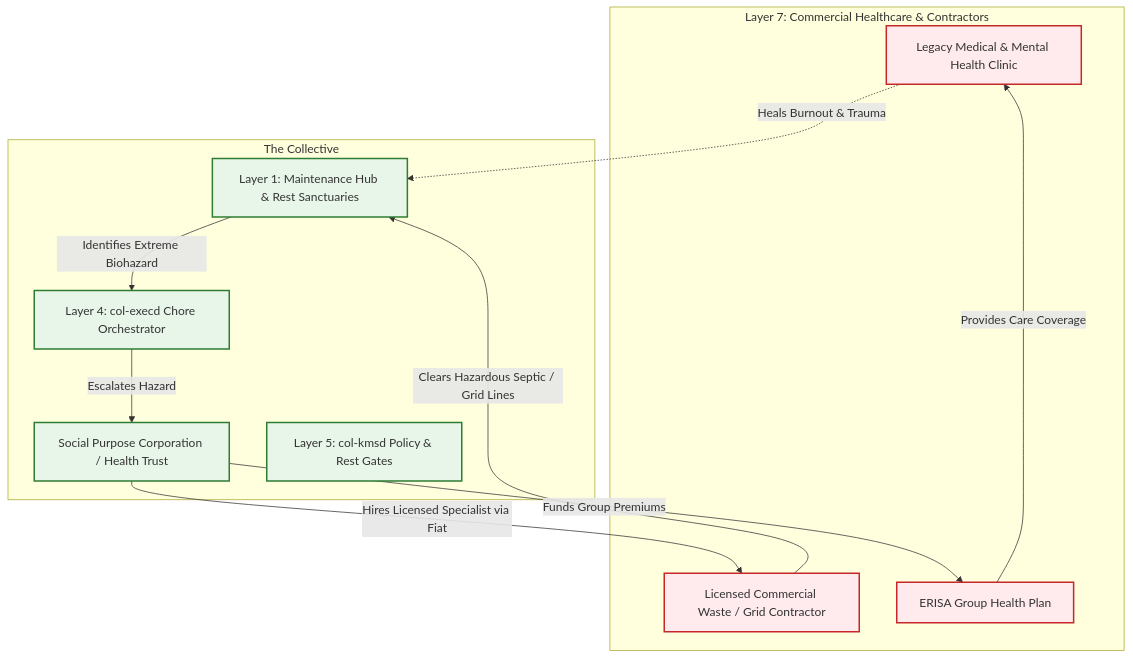
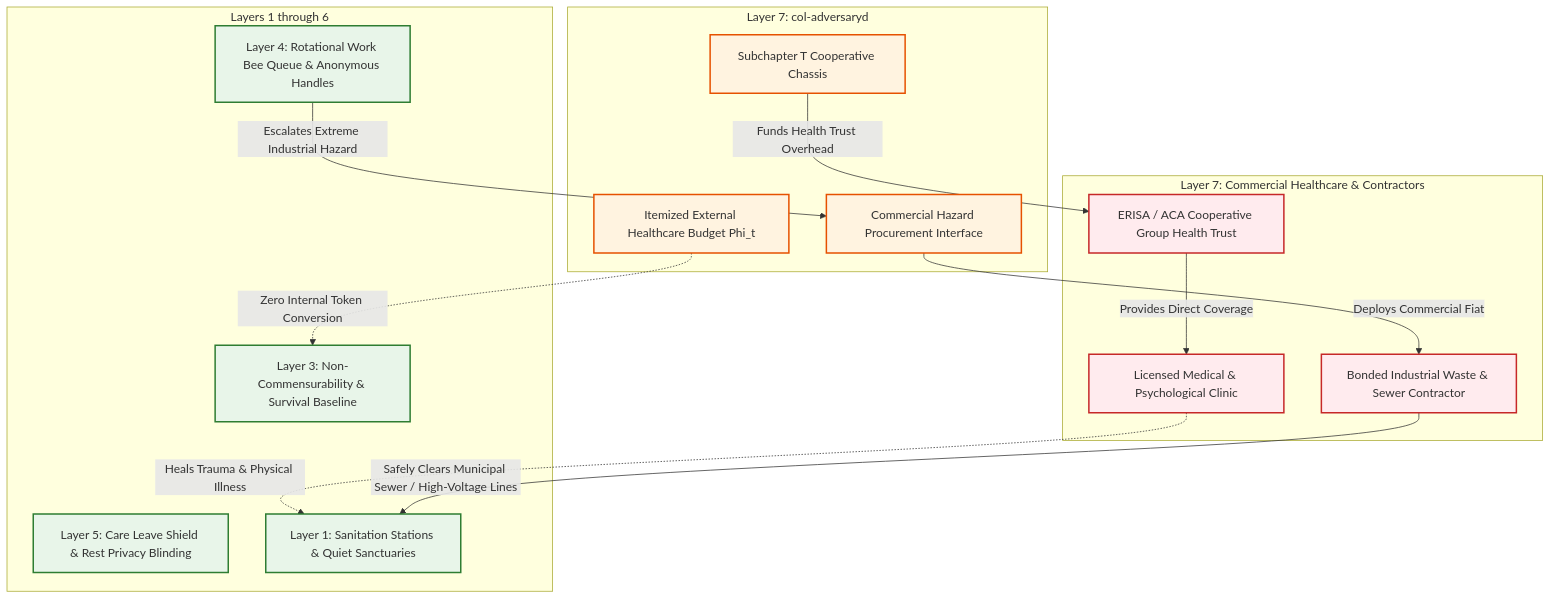
Before and after one commit to raffaine/collective: the third of 3 diagrams in docs/scenarios/sigma_burnout.md, drawn with Mermaid. The commit also changed other lines of this file and 23 other files, not shown here.

````diff
--- a/docs/scenarios/sigma_burnout.md
+++ b/docs/scenarios/sigma_burnout.md
@@ -171,31 +159,41 @@
 ```mermaid
 graph TD
     subgraph Legacy Environment [Layer 7: Commercial Healthcare & Contractors]
-        Clinic[Legacy Medical & Mental Health Clinic]
-        Contractor[Licensed Commercial Waste / Grid Contractor]
-        Insurer[ERISA Group Health Plan]
+        ExternalClinic[Licensed Medical & Psychological Clinic]
+        HazardContractor[Bonded Industrial Waste & Sewer Contractor]
+        GroupTrust[ERISA / ACA Cooperative Group Health Trust]
     end
 
-    subgraph Sovereign Genesis Node [The Collective]
-        SPC[Social Purpose Corporation / Health Trust]
-        L5[Layer 5: col-kmsd Policy & Rest Gates]
-        L4[Layer 4: col-execd Chore Orchestrator]
-        L1[Layer 1: Maintenance Hub & Rest Sanctuaries]
+    subgraph Dual Membrane Carapace [Layer 7: col-adversaryd]
+        CoopEntity[Subchapter T Cooperative Chassis]
+        HealthBudget[Itemized External Healthcare Budget Phi_t]
+        ContractingAgent[Commercial Hazard Procurement Interface]
     end
 
-    %% Inbound Health Protection
-    SPC -->|Funds Group Premiums| Insurer
-    Insurer -->|Provides Care Coverage| Clinic
-    Clinic -.->|Heals Burnout & Trauma| L1
+    subgraph Internal Sovereign Core [Layers 1 through 6]
+        L5_Gov[Layer 5: Care Leave Shield & Rest Privacy Blinding]
+        L4_BPMN[Layer 4: Rotational Work Bee Queue & Anonymous Handles]
+        L3_Ledger[Layer 3: Non-Commensurability & Survival Baseline]
+        L1_Phys[Layer 1: Sanitation Stations & Quiet Sanctuaries]
+    end
 
-    %% Outbound Commercial Hazard Flow
-    L1 -->|Identifies Extreme Biohazard| L4
-    L4 -->|Escalates Hazard| SPC
-    SPC -->|Hires Licensed Specialist via Fiat| Contractor
-    Contractor -->|Clears Hazardous Septic / Grid Lines| L1
+    %% External Health Protection Flow
+    CoopEntity -->|Funds Health Trust Overhead| GroupTrust
+    GroupTrust -->|Provides Direct Coverage| ExternalClinic
+    ExternalClinic -.->|Heals Trauma & Physical Illness| L1_Phys
+    
+    %% Hazard Escalation Flow
+    L4_BPMN -->|Escalates Extreme Industrial Hazard| ContractingAgent
+    ContractingAgent -->|Deploys Commercial Fiat| HazardContractor
+    HazardContractor -->|Safely Clears Municipal Sewer / High-Voltage Lines| L1_Phys
+    
+    %% Boundary Invariant
+    HealthBudget -.->|Zero Internal Token Conversion| L3_Ledger
 
     classDef legacy fill:#ffebee,stroke:#c62828,stroke-width:2px;
+    classDef carapace fill:#fff3e0,stroke:#e65100,stroke-width:2px;
     classDef sovereign fill:#e8f5e9,stroke:#2e7d32,stroke-width:2px;
-    class Clinic,Contractor,Insurer legacy;
-    class SPC,L5,L4,L1 sovereign;
+    class ExternalClinic,HazardContractor,GroupTrust legacy;
+    class CoopEntity,HealthBudget,ContractingAgent carapace;
+    class L5_Gov,L4_BPMN,L3_Ledger,L1_Phys sovereign;
 ```
````
